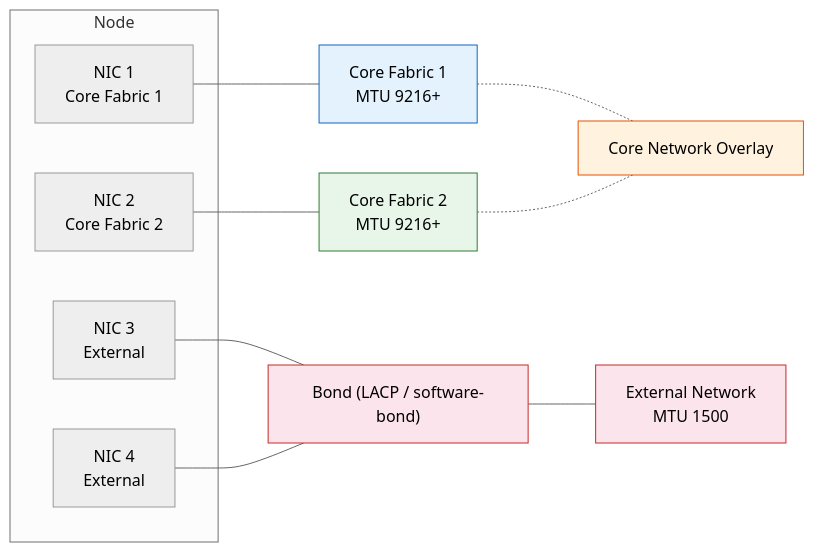
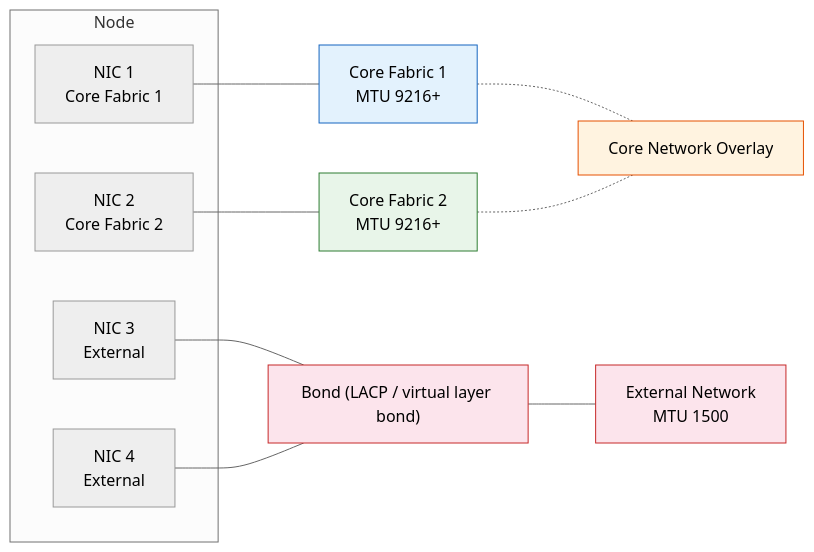
One commit to verge-io/docs-vergeos changed the third of 4 diagrams in learn/01-architecture/04-core-fabric.md. Above: the diagram before and after it, drawn with Mermaid (neutral theme). The commit also changed other lines of this file and 6 other files, not shown here.

````diff
--- a/learn/01-architecture/04-core-fabric.md
+++ b/learn/01-architecture/04-core-fabric.md
@@ -148,23 +148,23 @@
 ```mermaid
 graph LR
     subgraph "Node"
         NIC1["NIC 1<br/>Core Fabric 1"]
         NIC2["NIC 2<br/>Core Fabric 2"]
         NIC3["NIC 3<br/>External"]
         NIC4["NIC 4<br/>External"]
     end
 
     NIC1 --- CF1["Core Fabric 1<br/>MTU 9216+"]
     NIC2 --- CF2["Core Fabric 2<br/>MTU 9216+"]
-    NIC3 --- BOND["Bond (LACP / software-bond)"]
+    NIC3 --- BOND["Bond (LACP / virtual layer bond)"]
     NIC4 --- BOND
     BOND --- EXT["External Network<br/>MTU 1500"]
     CF1 -.- CORE["Core Network Overlay"]
     CF2 -.- CORE
 
     style EXT fill:#fce4ec,stroke:#c62828
     style BOND fill:#fce4ec,stroke:#c62828
     style CF1 fill:#e3f2fd,stroke:#1565c0
     style CF2 fill:#e8f5e9,stroke:#2e7d32
     style CORE fill:#fff3e0,stroke:#e65100
 ```
````
